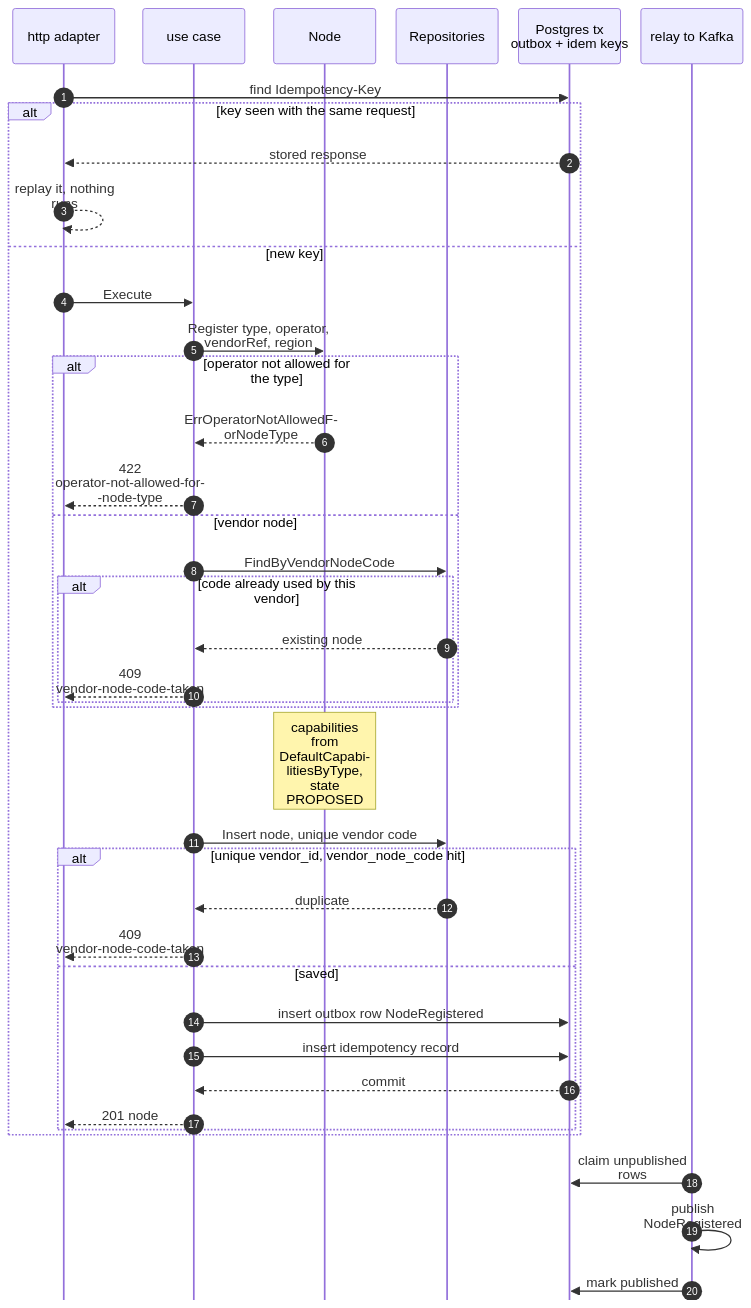
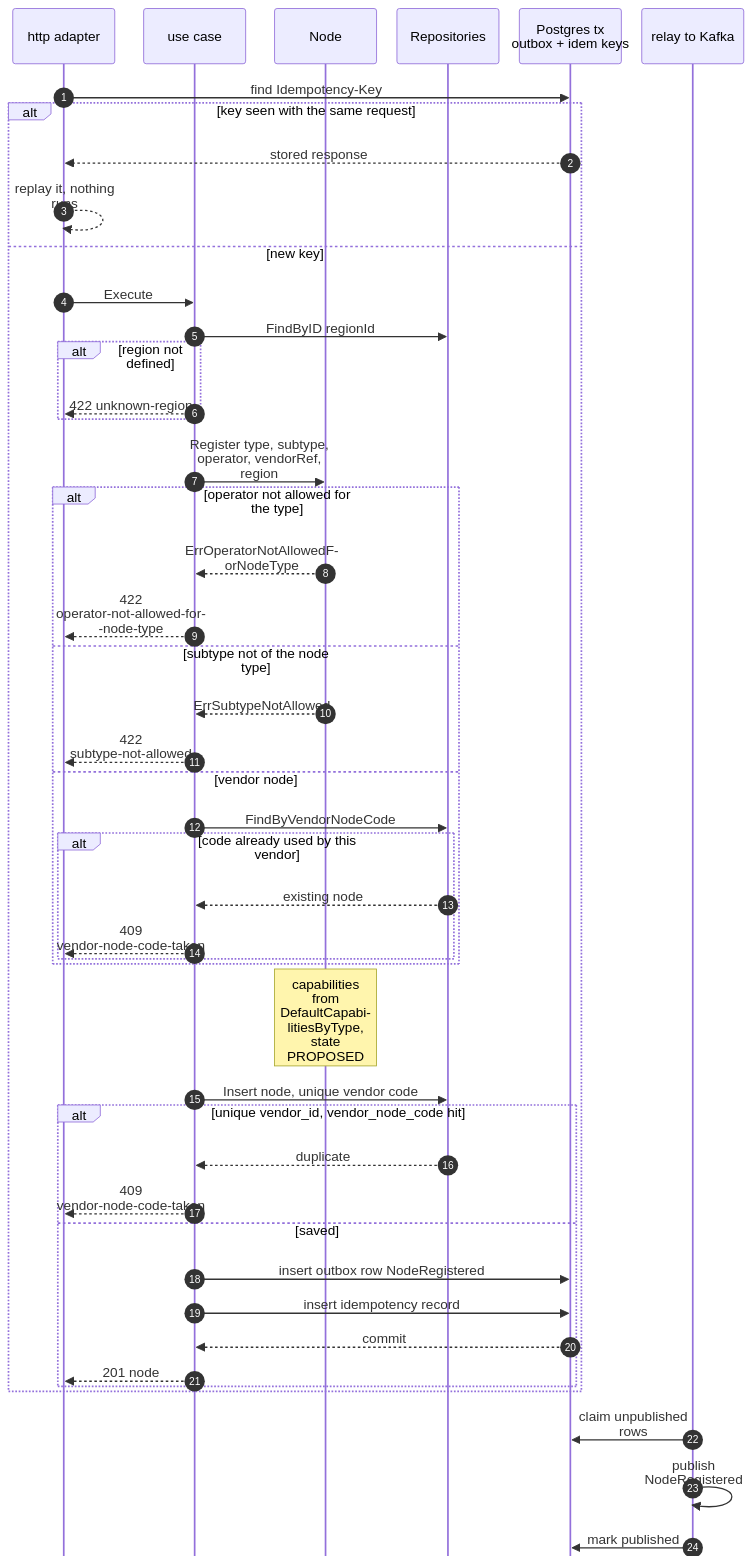
Before and after one commit to IQVO/warehouse-docs: the first of 9 diagrams in network/docs/contexts/node-topology/sequence-diagrams.md, drawn with Mermaid. The commit also changed other lines of this file and 125 other files, not shown here.

````diff
--- a/network/docs/contexts/node-topology/sequence-diagrams.md
+++ b/network/docs/contexts/node-topology/sequence-diagrams.md
@@ -37,43 +37,50 @@
 ```mermaid
 %%{init: {"sequence": {"wrap": true, "width": 120, "actorMargin": 24, "messageMargin": 28, "boxMargin": 6, "noteMargin": 6, "mirrorActors": false}}}%%
 sequenceDiagram
     autonumber
     participant H as http adapter
     participant UC as use case
     participant A as Node
     participant R as Repositories
     participant TX as Postgres tx<br/>outbox + idem keys
     participant K as relay to Kafka
     H->>TX: find Idempotency-Key
     alt key seen with the same request
         TX-->>H: stored response
         H-->>H: replay it, nothing runs
     else new key
         H->>UC: Execute
-        UC->>A: Register type, operator, vendorRef, region
+        UC->>R: FindByID regionId
+        alt region not defined
+            UC-->>H: 422 unknown-region
+        end
+        UC->>A: Register type, subtype, operator, vendorRef, region
         alt operator not allowed for the type
             A-->>UC: ErrOperatorNotAllowedForNodeType
             UC-->>H: 422 operator-not-allowed-for-node-type
+        else subtype not of the node type
+            A-->>UC: ErrSubtypeNotAllowed
+            UC-->>H: 422 subtype-not-allowed
         else vendor node
             UC->>R: FindByVendorNodeCode
             alt code already used by this vendor
                 R-->>UC: existing node
                 UC-->>H: 409 vendor-node-code-taken
             end
         end
         Note over A: capabilities from DefaultCapabilitiesByType, state PROPOSED
         UC->>R: Insert node, unique vendor code
         alt unique vendor_id, vendor_node_code hit
             R-->>UC: duplicate
             UC-->>H: 409 vendor-node-code-taken
         else saved
             UC->>TX: insert outbox row NodeRegistered
             UC->>TX: insert idempotency record
             TX-->>UC: commit
             UC-->>H: 201 node
         end
     end
     K->>TX: claim unpublished rows
     K->>K: publish NodeRegistered
     K->>TX: mark published
 ```
````
